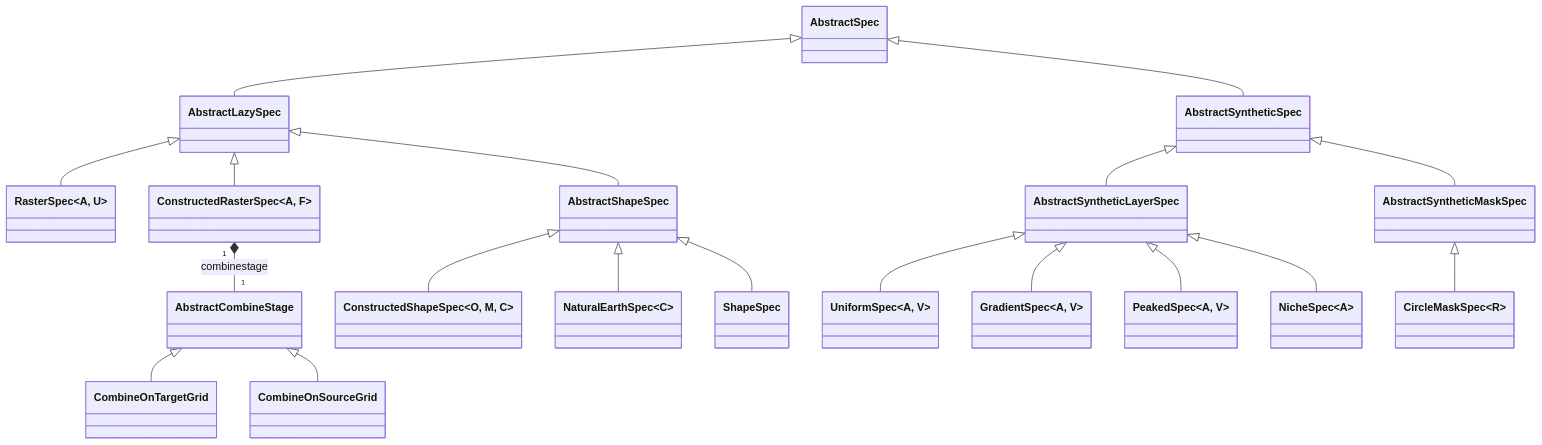
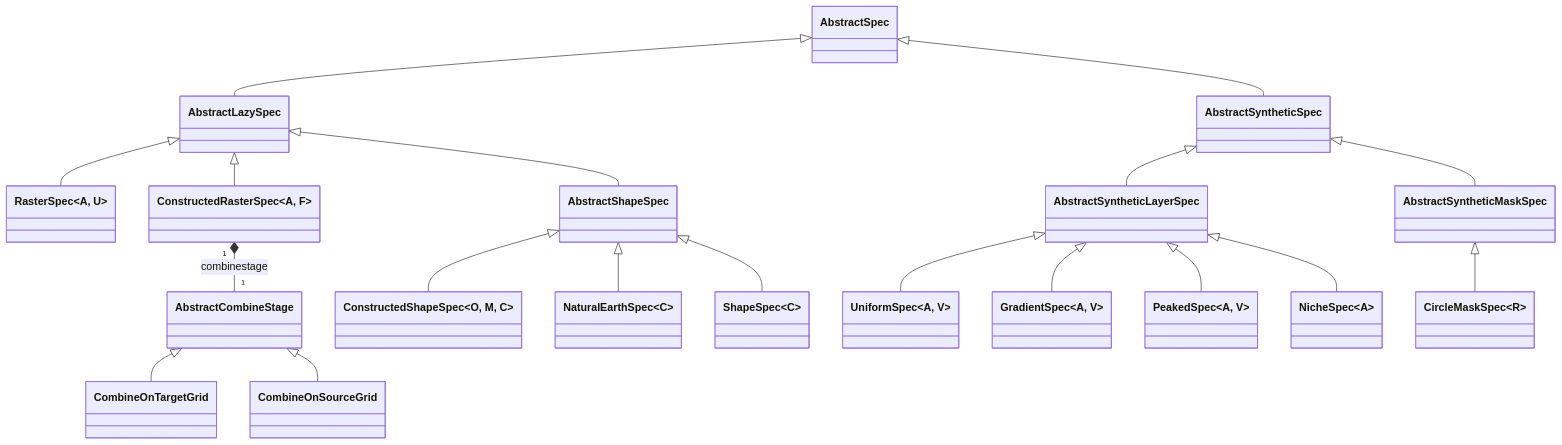
Before and after one commit to EcoJulia/EcoSISTEM.jl: the ninth of 20 diagrams in data/architecture.md, drawn with Mermaid. The commit also changed other lines of this file and 5 other files, not shown here.

Commit message:
Enhance ShapeSpec functionality with coverage and outline parameters like NaturalEarthSpec; update related documentation and tests

````diff
--- a/data/architecture.md
+++ b/data/architecture.md
@@ -502,38 +504,38 @@
 ```mermaid
 classDiagram
     class AbstractSpec
     class AbstractLazySpec
     class AbstractSyntheticSpec
     class AbstractSyntheticLayerSpec
     class AbstractSyntheticMaskSpec
     class RasterSpec~A, U~
-    class ShapeSpec
+    class ShapeSpec~C~
     class AbstractShapeSpec
     class NaturalEarthSpec~C~
     class ConstructedShapeSpec~O, M, C~
     class ConstructedRasterSpec~A, F~
     class UniformSpec~A, V~
     class GradientSpec~A, V~
     class PeakedSpec~A, V~
     class NicheSpec~A~
     class CircleMaskSpec~R~
     class AbstractCombineStage
     AbstractSpec              <|-- AbstractLazySpec
     AbstractSpec              <|-- AbstractSyntheticSpec
     AbstractLazySpec          <|-- RasterSpec
     AbstractLazySpec          <|-- ConstructedRasterSpec
     AbstractSyntheticSpec     <|-- AbstractSyntheticLayerSpec
     AbstractSyntheticSpec     <|-- AbstractSyntheticMaskSpec
     AbstractSyntheticLayerSpec <|-- UniformSpec
     AbstractSyntheticLayerSpec <|-- GradientSpec
     AbstractSyntheticLayerSpec <|-- PeakedSpec
     AbstractSyntheticLayerSpec <|-- NicheSpec
     AbstractSyntheticMaskSpec  <|-- CircleMaskSpec
     AbstractCombineStage <|-- CombineOnTargetGrid
     AbstractCombineStage <|-- CombineOnSourceGrid
     ConstructedRasterSpec "1" *-- "1" AbstractCombineStage : combinestage
     AbstractLazySpec <|-- AbstractShapeSpec
     AbstractShapeSpec <|-- ConstructedShapeSpec
     AbstractShapeSpec <|-- NaturalEarthSpec
     AbstractShapeSpec <|-- ShapeSpec
 ```
````
